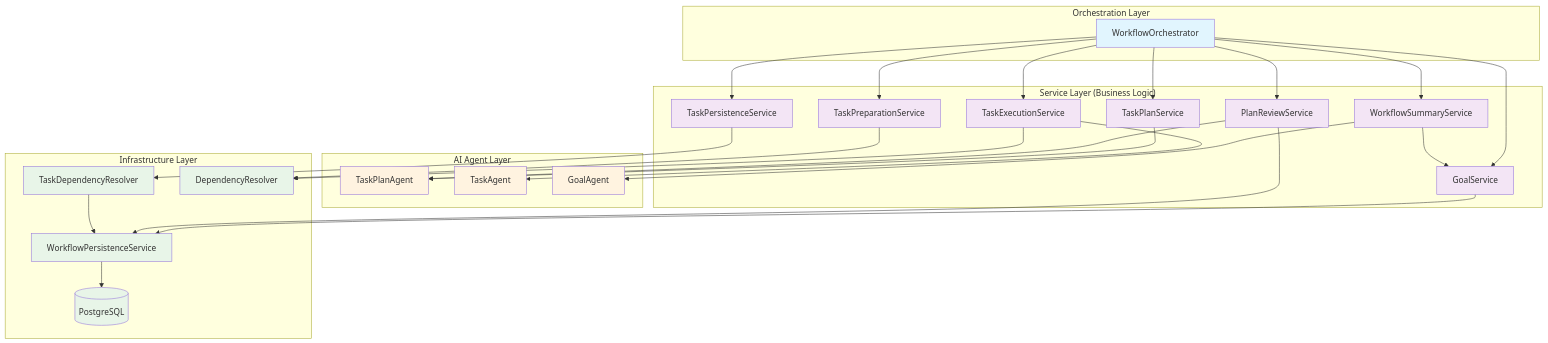
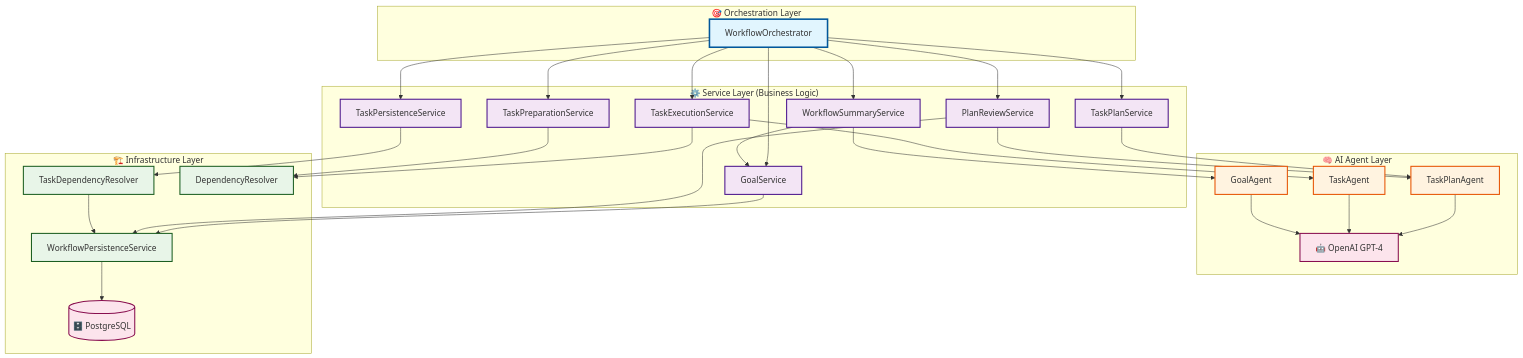
The first of 2 diagrams in README.md (adamalsalman75/agentic-workflow-engine), drawn with Mermaid before and after one commit.

Commit message:
Improve architecture diagram layout with better layer organization
**Layout Improvements:**
- 🎯 Orchestration Layer at top (WorkflowOrchestrator)
- ⚙️ Service Layer in middle (all business logic services)
- 🧠 AI Agent Layer at bottom left (with OpenAI GPT-4 reference)
- 🏗️ Infrastructure Layer at bottom right (with PostgreSQL)

**Visual Enhancements:**
- Added emoji icons for each layer for better visual distinction
- Enhanced styling with layer-specific colors and stroke weights
- Added OpenAI GPT-4 as external dependency for AI agents
- PostgreSQL styled as external database dependency
- Clear top-to-bottom flow showing architectural hierarchy

**Benefits:**
- Clearer separation of architectural concerns
- Better visual hierarchy showing orchestration → services → implementation
- Side-by-side bottom layers show AI and infrastructure as parallel concerns
- External dependencies (LLM, DB) clearly identified
- More intuitive layout for understanding system architecture

Perfect for offline analysis with logical layer progression.

🤖 Generated with [Claude Code](https://claude.ai/code)

````diff
--- a/README.md
+++ b/README.md
@@ -9,67 +9,78 @@
 ```mermaid
 graph TB
-    subgraph "Orchestration Layer"
+    %% Top Layer - Orchestration
+    subgraph "🎯 Orchestration Layer"
         WO[WorkflowOrchestrator]
     end
     
-    subgraph "Service Layer (Business Logic)"
+    %% Middle Layer - Services 
+    subgraph "⚙️ Service Layer (Business Logic)"
         GS[GoalService]
         TPS[TaskPlanService]
         TPeS[TaskPersistenceService]
         TPrS[TaskPreparationService]
         TES[TaskExecutionService]
         PRS[PlanReviewService]
         WSS[WorkflowSummaryService]
     end
     
-    subgraph "AI Agent Layer"
+    %% Bottom Layer - Split into two sections
+    subgraph "🧠 AI Agent Layer"
         TPA[TaskPlanAgent]
         TA[TaskAgent]
         GA[GoalAgent]
+        LLM["🤖 OpenAI GPT-4"]
     end
     
-    subgraph "Infrastructure Layer"
+    subgraph "🏗️ Infrastructure Layer"
         TDR[TaskDependencyResolver]
         DR[DependencyResolver]
         WPS[WorkflowPersistenceService]
-        DB[(PostgreSQL)]
+        DB[("🗄️ PostgreSQL")]
     end
     
-    %% Orchestration Flow
+    %% Orchestration to Services (Top to Middle)
     WO --> GS
     WO --> TPS
     WO --> TPeS
     WO --> TPrS
     WO --> TES
     WO --> PRS
     WO --> WSS
     
-    %% Service to Agent Dependencies
+    %% Services to AI Agents (Middle to Bottom Left)
     TPS --> TPA
     TES --> TA
     WSS --> GA
     PRS --> TPA
     
-    %% Service to Infrastructure Dependencies
+    %% Services to Infrastructure (Middle to Bottom Right)
     GS --> WPS
     TPeS --> TDR
     TES --> DR
     TPrS --> DR
     PRS --> WPS
     WSS --> GS
     
+    %% AI Agents to LLM
+    TPA --> LLM
+    TA --> LLM
+    GA --> LLM
+    
     %% Infrastructure Dependencies
     TDR --> WPS
     WPS --> DB
     
     %% Styling
-    classDef orchestration fill:#e1f5fe
-    classDef service fill:#f3e5f5
-    classDef agent fill:#fff3e0
-    classDef infrastructure fill:#e8f5e8
+    classDef orchestration fill:#e1f5fe,stroke:#01579b,stroke-width:3px
+    classDef service fill:#f3e5f5,stroke:#4a148c,stroke-width:2px
+    classDef agent fill:#fff3e0,stroke:#e65100,stroke-width:2px
+    classDef infrastructure fill:#e8f5e8,stroke:#1b5e20,stroke-width:2px
+    classDef external fill:#fce4ec,stroke:#880e4f,stroke-width:2px
     
     class WO orchestration
     class GS,TPS,TPeS,TPrS,TES,PRS,WSS service
     class TPA,TA,GA agent
-    class TDR,DR,WPS,DB infrastructure
+    class TDR,DR,WPS infrastructure
+    class DB,LLM external
 ```
````
